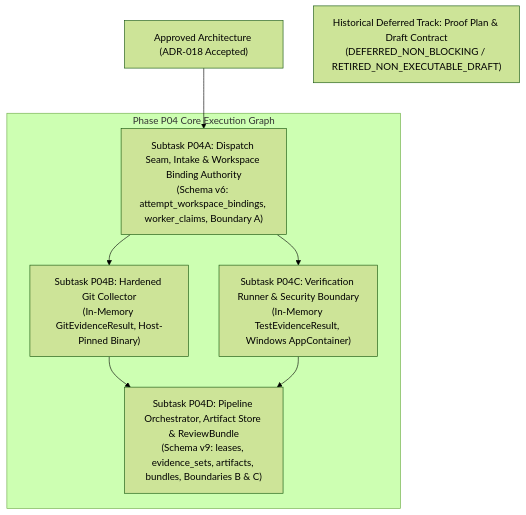
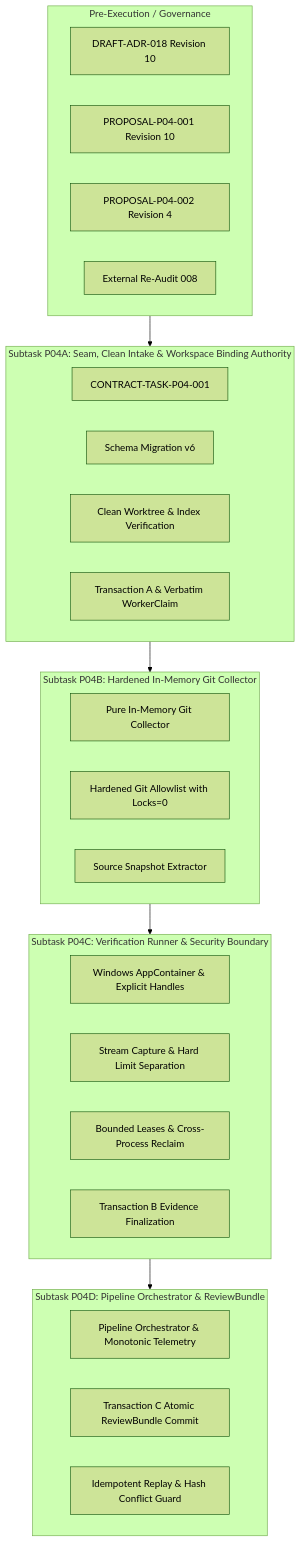
One commit to trungqwe/ai-supervisor changed the diagram in docs/plans/PLAN-P04-EVIDENCE-REVIEW.md. Above: the diagram before and after it, drawn with Mermaid (forest theme). The commit also changed other lines of this file and 6 other files, not shown here.

Commit message:
docs(p04): remediate architecture findings R9-001..006 (Revision 10)

````diff
--- a/docs/plans/PLAN-P04-EVIDENCE-REVIEW.md
+++ b/docs/plans/PLAN-P04-EVIDENCE-REVIEW.md
@@ -20,23 +22,40 @@
 ```mermaid
-graph TD
-    Gov["Approved Architecture (ADR-018 Accepted)"] --> P04A
-
-    subgraph PhaseP04ExecutionGraph["Phase P04 Core Execution Graph"]
-        P04A["Subtask P04A: Dispatch Seam, Intake & Workspace Binding Authority
-(Schema v6: attempt_workspace_bindings, worker_claims, Boundary A)"]
-        P04B["Subtask P04B: Hardened Git Collector
-(In-Memory GitEvidenceResult, Host-Pinned Binary)"]
-        P04C["Subtask P04C: Verification Runner & Security Boundary
-(In-Memory TestEvidenceResult, Windows AppContainer)"]
-        P04D["Subtask P04D: Pipeline Orchestrator, Artifact Store & ReviewBundle
-(Schema v9: leases, evidence_sets, artifacts, bundles, Boundaries B & C)"]
-
-        P04A --> P04B
-        P04A --> P04C
-        P04B --> P04D
-        P04C --> P04D
+flowchart TD
+    subgraph PreExecution [Pre-Execution / Governance]
+        ADR18[DRAFT-ADR-018 Revision 10]
+        PROP1[PROPOSAL-P04-001 Revision 10]
+        PROP2[PROPOSAL-P04-002 Revision 4]
+        Audit008[External Re-Audit 008]
     end
 
-    HistoricalTrack["Historical Deferred Track: Proof Plan & Draft Contract
-(DEFERRED_NON_BLOCKING / RETIRED_NON_EXECUTABLE_DRAFT)"]
+    subgraph P04A [Subtask P04A: Seam, Clean Intake & Workspace Binding Authority]
+        P04A_Contract[CONTRACT-TASK-P04-001]
+        P04A_Mig[Schema Migration v6]
+        P04A_Clean[Clean Worktree & Index Verification]
+        P04A_Intake[Transaction A & Verbatim WorkerClaim]
+    end
+
+    subgraph P04B [Subtask P04B: Hardened In-Memory Git Collector]
+        P04B_Collector[Pure In-Memory Git Collector]
+        P04B_Allowlist[Hardened Git Allowlist with Locks=0]
+        P04B_Snapshot[Source Snapshot Extractor]
+    end
+
+    subgraph P04C [Subtask P04C: Verification Runner & Security Boundary]
+        P04C_Sandbox[Windows AppContainer & Explicit Handles]
+        P04C_Stream[Stream Capture & Hard Limit Separation]
+        P04C_Lease[Bounded Leases & Cross-Process Reclaim]
+        P04C_TxB[Transaction B Evidence Finalization]
+    end
+
+    subgraph P04D [Subtask P04D: Pipeline Orchestrator & ReviewBundle]
+        P04D_Orch[Pipeline Orchestrator & Monotonic Telemetry]
+        P04D_TxC[Transaction C Atomic ReviewBundle Commit]
+        P04D_Replay[Idempotent Replay & Hash Conflict Guard]
+    end
+
+    PreExecution --> P04A
+    P04A --> P04B
+    P04B --> P04C
+    P04C --> P04D
 ```
````
